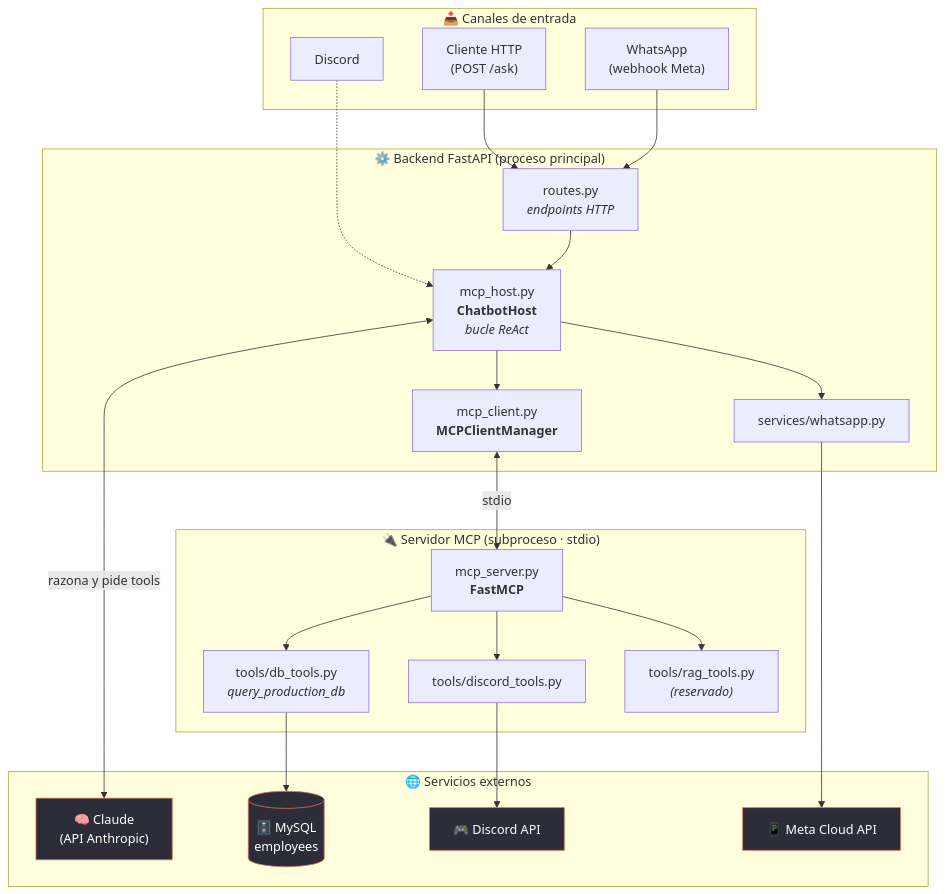
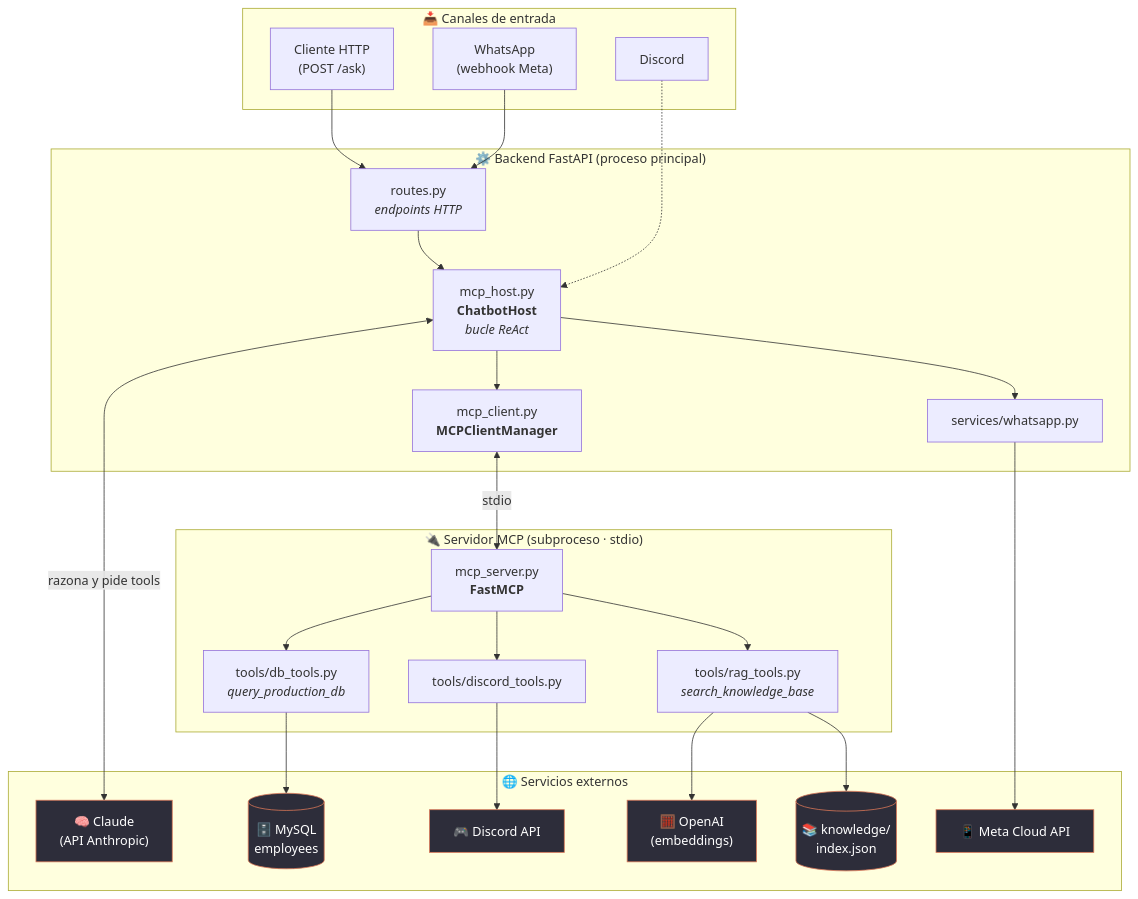
One commit to MNATorres/chatbot changed the first of 3 diagrams in ARCHITECTURE.md. Above: the diagram before and after it, drawn with Mermaid.

Commit message:
Update architecture diagram: rag_tools.py is no longer a placeholder

````diff
--- a/ARCHITECTURE.md
+++ b/ARCHITECTURE.md
@@ -18,47 +18,51 @@
 ```mermaid
 flowchart TB
     subgraph channels["📥 Canales de entrada"]
         http["Cliente HTTP<br/>(POST /ask)"]
         wa["WhatsApp<br/>(webhook Meta)"]
         dc["Discord"]
     end
 
     subgraph backend["⚙️ Backend FastAPI (proceso principal)"]
         routes["routes.py<br/><i>endpoints HTTP</i>"]
         host["mcp_host.py<br/><b>ChatbotHost</b><br/><i>bucle ReAct</i>"]
         client["mcp_client.py<br/><b>MCPClientManager</b>"]
         waSvc["services/whatsapp.py"]
     end
 
     subgraph mcp["🔌 Servidor MCP (subproceso · stdio)"]
         server["mcp_server.py<br/><b>FastMCP</b>"]
         dbTools["tools/db_tools.py<br/><i>query_production_db</i>"]
         dcTools["tools/discord_tools.py"]
-        ragTools["tools/rag_tools.py<br/><i>(reservado)</i>"]
+        ragTools["tools/rag_tools.py<br/><i>search_knowledge_base</i>"]
     end
 
     subgraph external["🌐 Servicios externos"]
         claude["🧠 Claude<br/>(API Anthropic)"]
         mysql[("🗄️ MySQL<br/>employees")]
         discordApi["🎮 Discord API"]
         metaApi["📱 Meta Cloud API"]
+        openaiEmb["🧮 OpenAI<br/>(embeddings)"]
+        kb[("📚 knowledge/<br/>index.json")]
     end
 
     http --> routes
     wa --> routes
     dc -.-> host
     routes --> host
     host <-->|razona y pide tools| claude
     host --> client
     client <-->|stdio| server
     server --> dbTools
     server --> dcTools
     server --> ragTools
     dbTools --> mysql
     dcTools --> discordApi
+    ragTools --> openaiEmb
+    ragTools --> kb
     host --> waSvc
     waSvc --> metaApi
 
     classDef ext fill:#2d2d3a,stroke:#D97757,color:#fff
-    class claude,mysql,discordApi,metaApi ext
+    class claude,mysql,discordApi,metaApi,openaiEmb,kb ext
 ```
````
